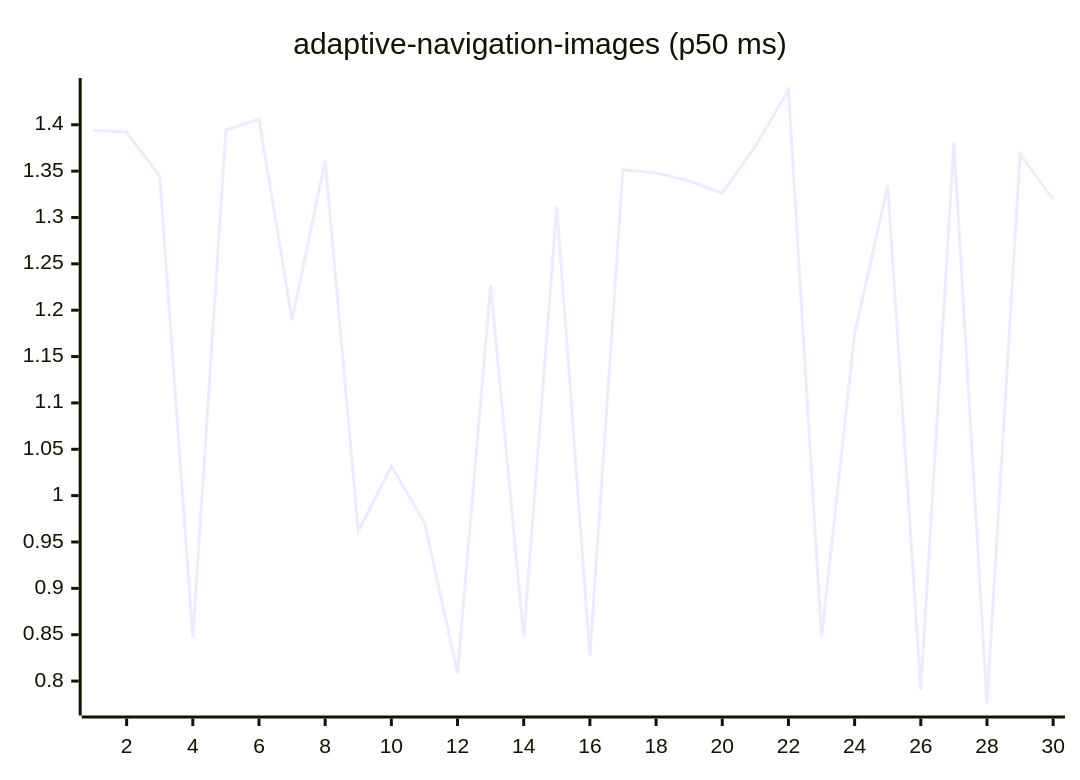
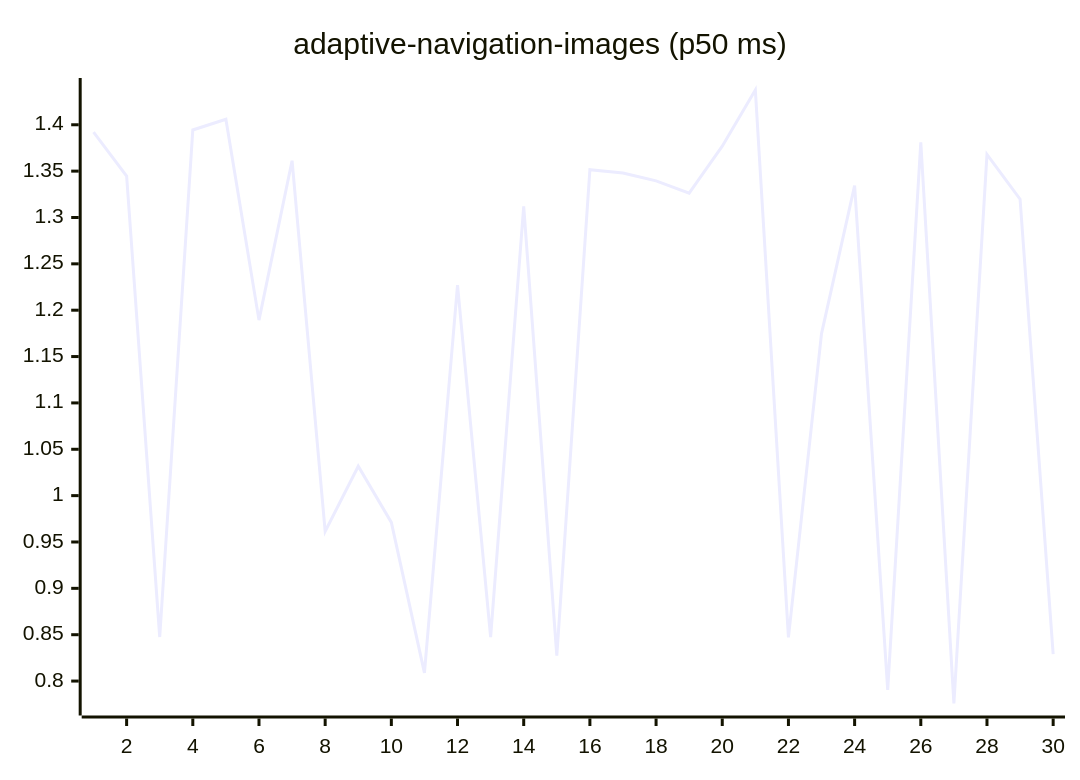
Before and after one commit to josha/Facet: the first of 27 diagrams in README.md, drawn with Mermaid. The commit also changed other lines of this file and 2 other files, not shown here.

````diff
--- a/README.md
+++ b/README.md
@@ -63,6 +63,6 @@
 ```mermaid
 xychart-beta
     title "adaptive-navigation-images (p50 ms)"
     x-axis 1 --> 30
-    line [1.3942, 1.3921, 1.3447, 0.8475, 1.3944, 1.4060, 1.1893, 1.3612, 0.9615, 1.0317, 0.9711, 0.8088, 1.2271, 0.8473, 1.3121, 0.8274, 1.3515, 1.3479, 1.3395, 1.3263, 1.3769, 1.4375, 0.8471, 1.1748, 1.3343, 0.7905, 1.3810, 0.7758, 1.3680, 1.3197]
+    line [1.3921, 1.3447, 0.8475, 1.3944, 1.4060, 1.1893, 1.3612, 0.9615, 1.0317, 0.9711, 0.8088, 1.2271, 0.8473, 1.3121, 0.8274, 1.3515, 1.3479, 1.3395, 1.3263, 1.3769, 1.4375, 0.8471, 1.1748, 1.3343, 0.7905, 1.3810, 0.7758, 1.3680, 1.3197, 0.8291]
 ```
````
